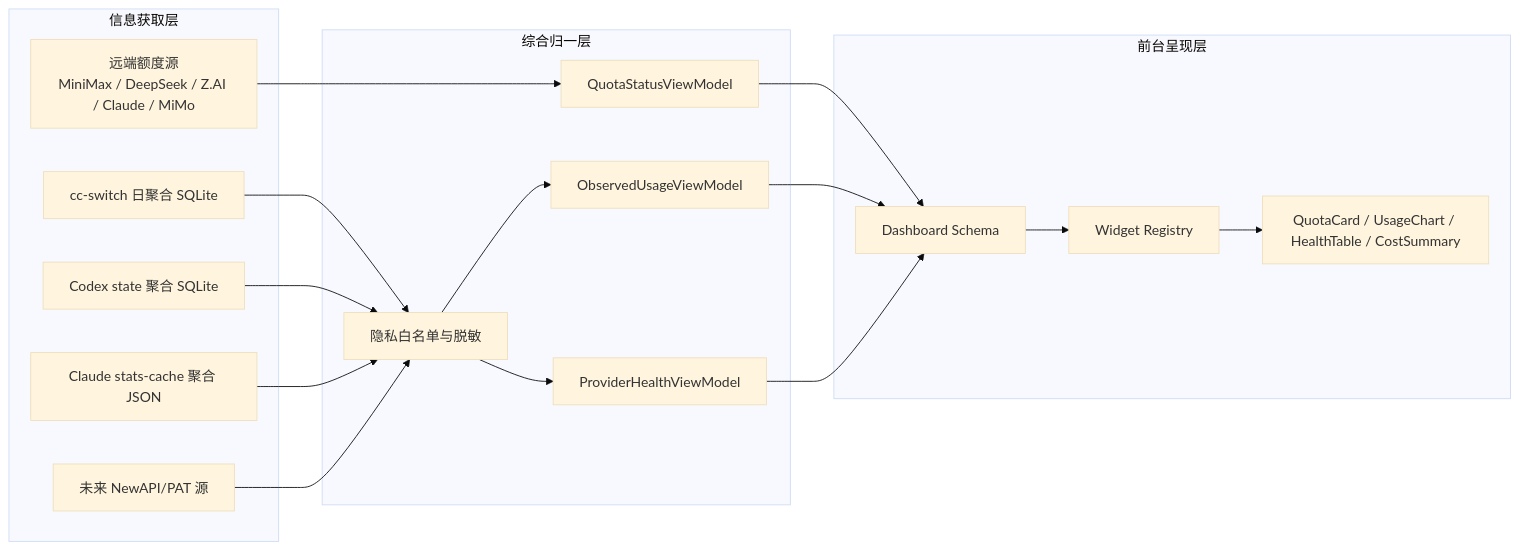
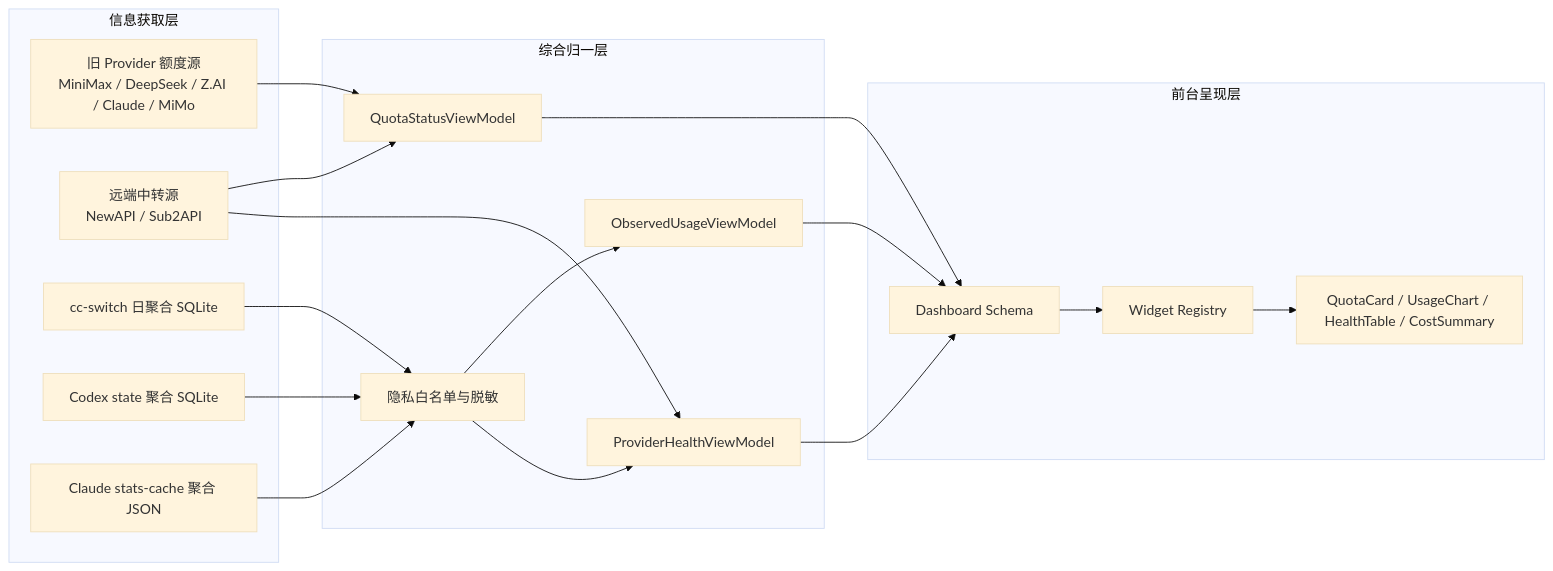
One commit to exomind-team/agentsense changed the diagram in docs/specs/2026-06-08-personal-agent-usage-dashboard.md. Above: the diagram before and after it, drawn with Mermaid (base theme). The commit also changed other lines of this file and 6 other files, not shown here.

````diff
--- a/docs/specs/2026-06-08-personal-agent-usage-dashboard.md
+++ b/docs/specs/2026-06-08-personal-agent-usage-dashboard.md
@@ -221,36 +221,37 @@
 ```mermaid
 flowchart LR
     subgraph source["信息获取层"]
-        remote["远端额度源\nMiniMax / DeepSeek / Z.AI / Claude / MiMo"]
+        remote["旧 Provider 额度源\nMiniMax / DeepSeek / Z.AI / Claude / MiMo"]
+        relay["远端中转源\nNewAPI / Sub2API"]
         cc["cc-switch 日聚合 SQLite"]
         codex["Codex state 聚合 SQLite"]
         claude["Claude stats-cache 聚合 JSON"]
-        future["未来 NewAPI/PAT 源"]
     end
 
     subgraph normalize["综合归一层"]
         privacy["隐私白名单与脱敏"]
         observed["ObservedUsageViewModel"]
         quota["QuotaStatusViewModel"]
         health["ProviderHealthViewModel"]
     end
 
     subgraph ui["前台呈现层"]
         schema["Dashboard Schema"]
         registry["Widget Registry"]
         widgets["QuotaCard / UsageChart / HealthTable / CostSummary"]
     end
 
     remote --> quota
+    relay --> quota
+    relay --> health
     cc --> privacy
     codex --> privacy
     claude --> privacy
-    future --> privacy
     privacy --> observed
     privacy --> health
     quota --> schema
     observed --> schema
     health --> schema
     schema --> registry
     registry --> widgets
 ```
````
